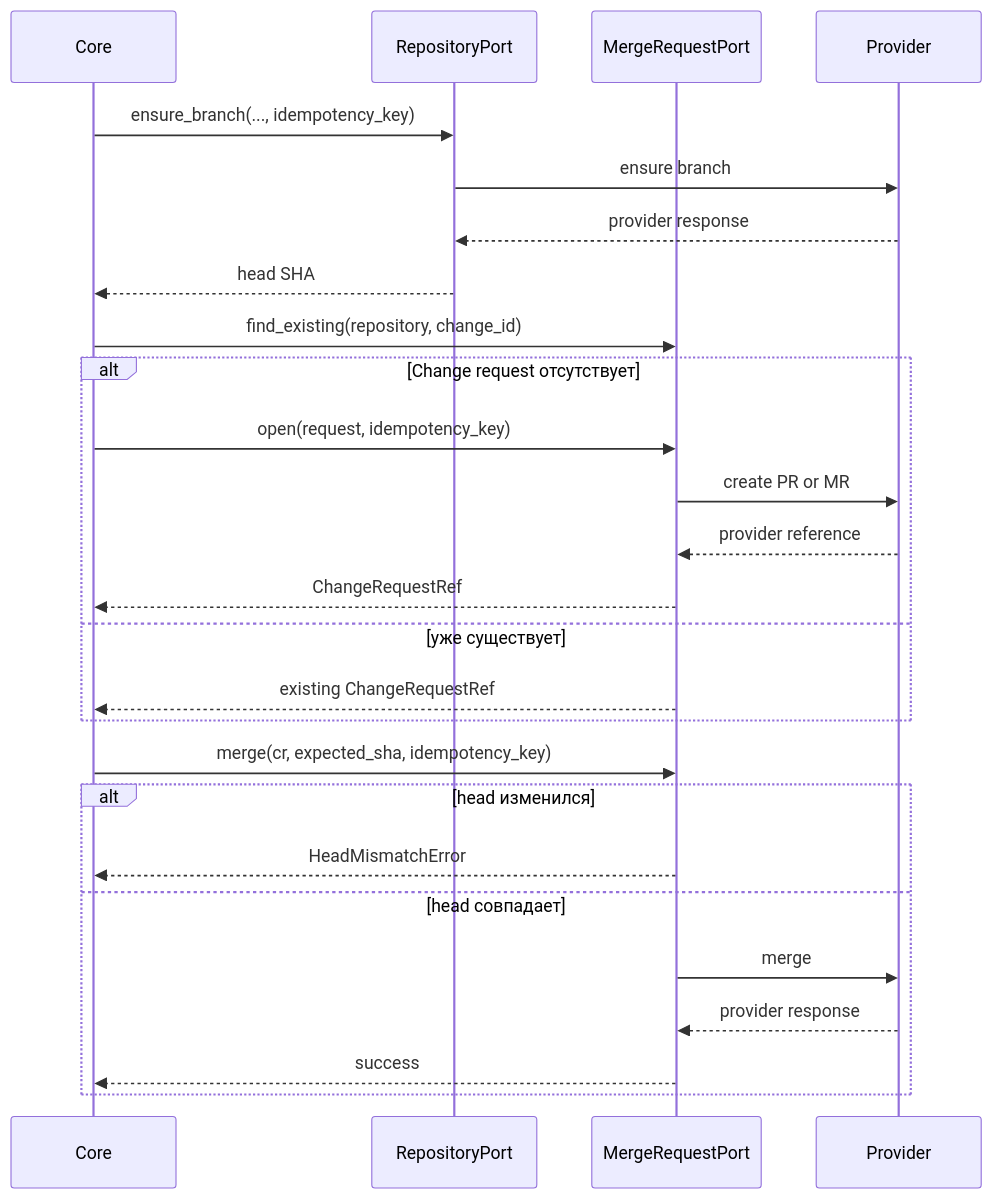
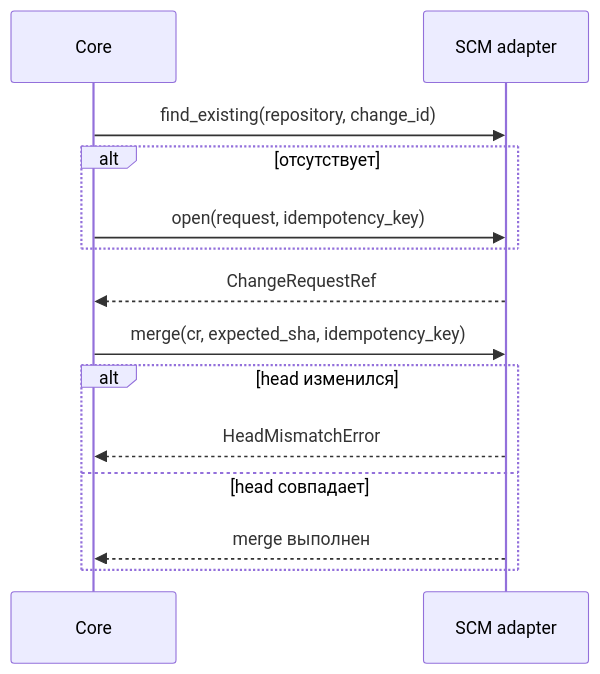
One commit to vadagama/dark-factory-mvp changed the second of 3 diagrams in docs/descriptions/ports.md. Above: the diagram before and after it, drawn with Mermaid. The commit also changed other lines of this file and 11 other files, not shown here.

````diff
--- a/docs/descriptions/ports.md
+++ b/docs/descriptions/ports.md
@@ -103,29 +77,16 @@
 ```mermaid
 sequenceDiagram
     participant Core
-    participant Repo as RepositoryPort
-    participant CR as MergeRequestPort
-    participant Provider
-
-    Core->>Repo: ensure_branch(..., idempotency_key)
-    Repo->>Provider: ensure branch
-    Provider-->>Repo: provider response
-    Repo-->>Core: head SHA
-    Core->>CR: find_existing(repository, change_id)
-    alt Change request отсутствует
-        Core->>CR: open(request, idempotency_key)
-        CR->>Provider: create PR or MR
-        Provider-->>CR: provider reference
-        CR-->>Core: ChangeRequestRef
-    else уже существует
-        CR-->>Core: existing ChangeRequestRef
+    participant SCM as SCM adapter
+    Core->>SCM: find_existing(repository, change_id)
+    alt отсутствует
+        Core->>SCM: open(request, idempotency_key)
     end
-    Core->>CR: merge(cr, expected_sha, idempotency_key)
+    SCM-->>Core: ChangeRequestRef
+    Core->>SCM: merge(cr, expected_sha, idempotency_key)
     alt head изменился
-        CR-->>Core: HeadMismatchError
+        SCM-->>Core: HeadMismatchError
     else head совпадает
-        CR->>Provider: merge
-        Provider-->>CR: provider response
-        CR-->>Core: success
+        SCM-->>Core: merge выполнен
     end
 ```
````
